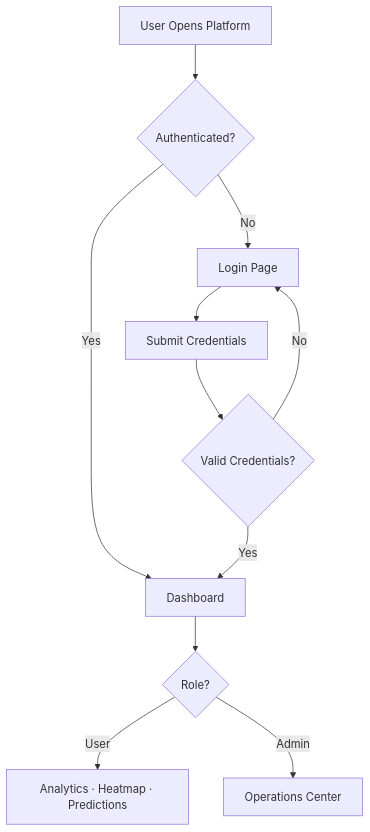
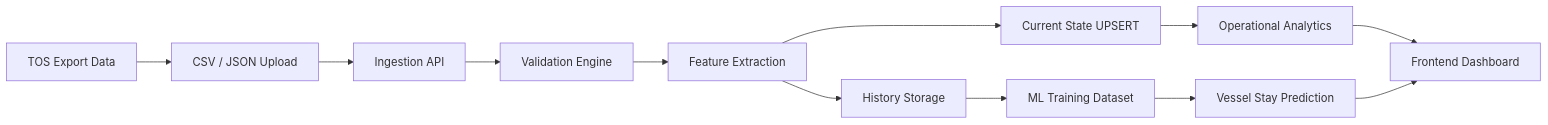
Before and after one commit to SHATHISH-07/port-system: the second of 8 diagrams in README.md, drawn with Mermaid. The commit also changed other lines of this file, not shown here.

````diff
--- a/README.md
+++ b/README.md
@@ -176,16 +394,27 @@
 ```mermaid
-graph TD
-    A[User Opens Platform] --> B{Authenticated?}
+flowchart LR
 
-    B -- No --> C[Login Page]
-    B -- Yes --> D[Dashboard]
+    A[TOS Export Data]
+    B[CSV / JSON Upload]
+    C[Ingestion API]
+    D[Validation Engine]
+    E[Feature Extraction]
+    F[History Storage]
+    G[Current State UPSERT]
+    H[Operational Analytics]
+    I[ML Training Dataset]
+    J[Vessel Stay Prediction]
+    K[Frontend Dashboard]
 
-    C --> E[Submit Credentials]
-    E --> F{Valid Credentials?}
-    F -- No --> C
-    F -- Yes --> D
-
-    D --> G{Role?}
-    G -- User --> H[Analytics · Heatmap · Predictions]
-    G -- Admin --> I[Operations Center]
+    A --> B
+    B --> C
+    C --> D
+    D --> E
+    E --> F
+    E --> G
+    F --> I
+    I --> J
+    G --> H
+    H --> K
+    J --> K
 ```
````
